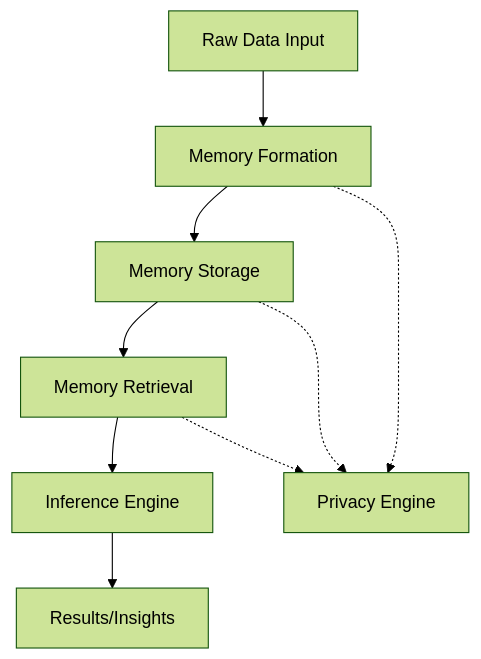
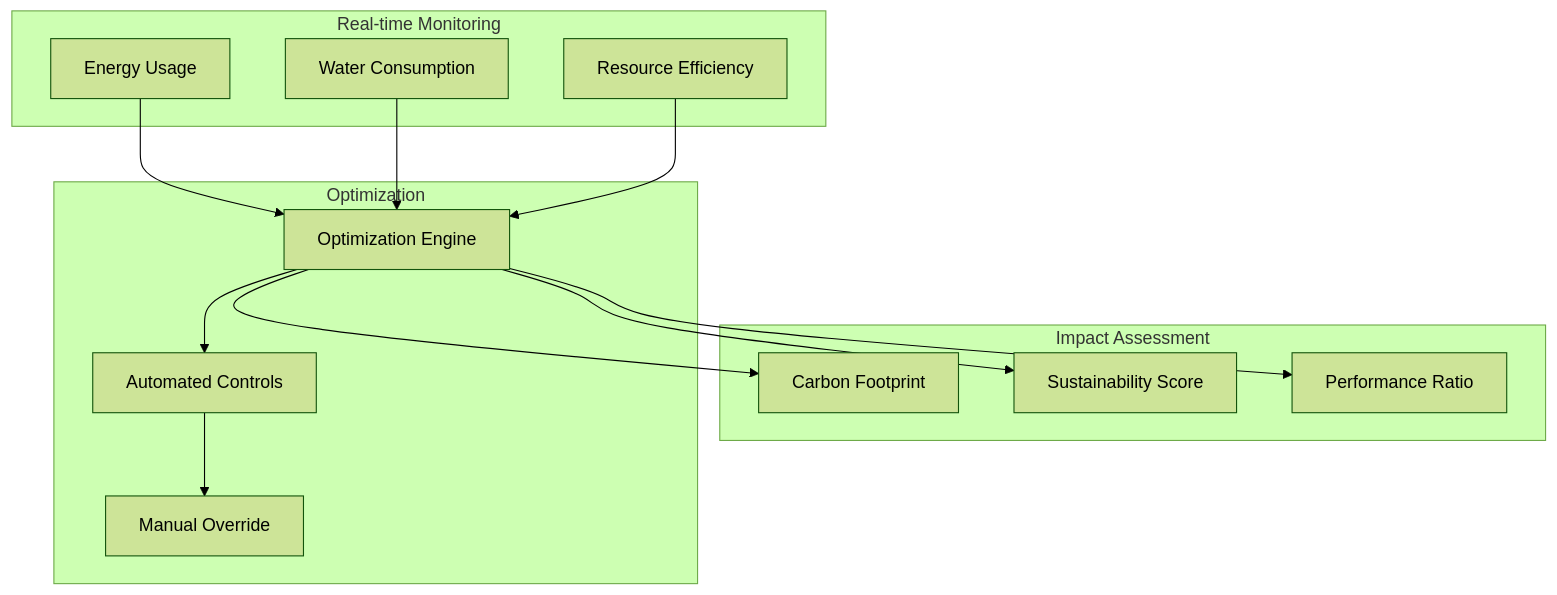
Before and after one commit to Vortx-AI/synthetic-satellite: the fourth of 4 diagrams in docs/core-concepts/overview.md, drawn with Mermaid (forest theme). The commit also changed other lines of this file, not shown here.

````diff
--- a/docs/core-concepts/overview.md
+++ b/docs/core-concepts/overview.md
@@ -38,12 +275,25 @@
 ```mermaid
 graph TD
-    A[Raw Data Input] --> B[Memory Formation]
-    B --> C[Memory Storage]
-    C --> D[Memory Retrieval]
-    D --> E[Inference Engine]
-    E --> F[Results/Insights]
-    
-    B -.-> G[Privacy Engine]
-    C -.-> G
-    D -.-> G
-```
+    subgraph "Real-time Monitoring"
+        E[Energy Usage]
+        W[Water Consumption]
+        R[Resource Efficiency]
+    end
+
+    subgraph "Impact Assessment"
+        C[Carbon Footprint]
+        S[Sustainability Score]
+        P[Performance Ratio]
+    end
+
+    subgraph "Optimization"
+        O[Optimization Engine]
+        A[Automated Controls]
+        M[Manual Override]
+    end
+
+    E & W & R --> O
+    O --> A
+    A --> M
+    O --> C & S & P
+``` 
````
